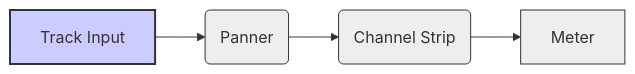
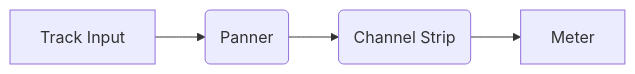
The eighth of 9 diagrams in README.md (yannmazita/daw.ts), drawn with Mermaid before and after one commit. The commit also changed other lines of this file, not shown here.

````diff
--- a/README.md
+++ b/README.md
@@ -227,10 +216,6 @@
 ```mermaid
     graph LR
         A[Track Input] --> B(Panner);
         B --> C(Channel Strip);
         C --> D[Meter];
-        style A fill:#ccf,stroke:#333,stroke-width:2px
-        style B fill:#eee,stroke:#333,stroke-width:1px
-        style C fill:#eee,stroke:#333,stroke-width:1px
-        style D fill:#eee,stroke:#333,stroke-width:1px
 ```
````
